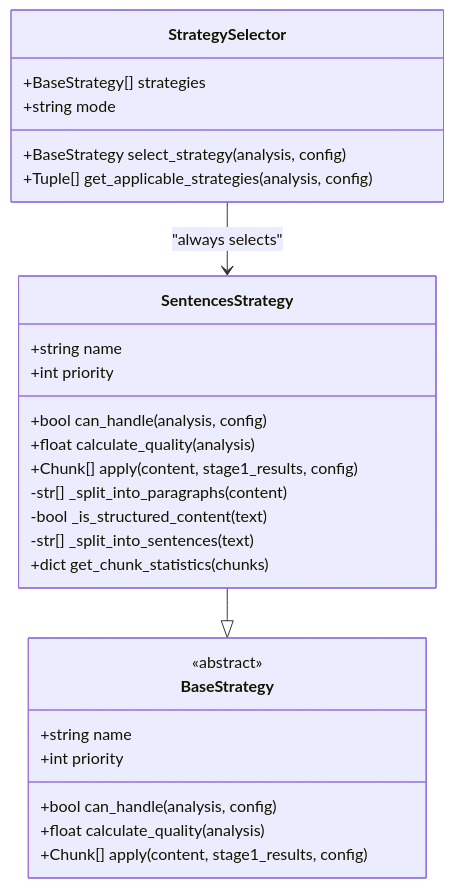
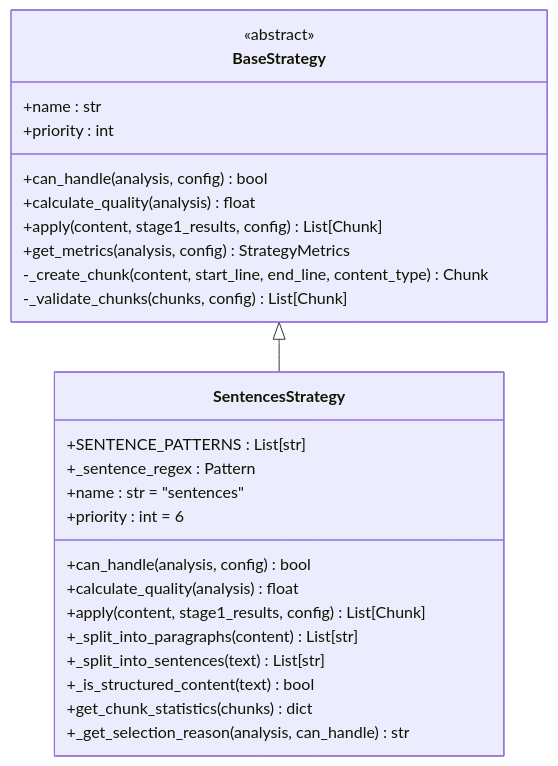
One commit to asukhodko/dify-markdown-chunker changed the second of 10 diagrams in .qoder/repowiki/en/content/Chunking Strategies/Sentences Strategy.md. Above: the diagram before and after it, drawn with Mermaid. The commit also changed other lines of this file and 205 other files, not shown here.

````diff
--- a/.qoder/repowiki/en/content/Chunking Strategies/Sentences Strategy.md
+++ b/.qoder/repowiki/en/content/Chunking Strategies/Sentences Strategy.md
@@ -40,30 +78,29 @@
 ```mermaid
 classDiagram
-class SentencesStrategy {
-+string name
-+int priority
-+bool can_handle(analysis, config)
-+float calculate_quality(analysis)
-+Chunk[] apply(content, stage1_results, config)
--str[] _split_into_paragraphs(content)
--bool _is_structured_content(text)
--str[] _split_into_sentences(text)
-+dict get_chunk_statistics(chunks)
-}
 class BaseStrategy {
 <<abstract>>
-+string name
-+int priority
-+bool can_handle(analysis, config)
-+float calculate_quality(analysis)
-+Chunk[] apply(content, stage1_results, config)
++name : str
++priority : int
++can_handle(analysis, config) bool
++calculate_quality(analysis) float
++apply(content, stage1_results, config) List[Chunk]
++get_metrics(analysis, config) StrategyMetrics
+-_create_chunk(content, start_line, end_line, content_type) Chunk
+-_validate_chunks(chunks, config) List[Chunk]
 }
-class StrategySelector {
-+BaseStrategy[] strategies
-+string mode
-+BaseStrategy select_strategy(analysis, config)
-+Tuple[] get_applicable_strategies(analysis, config)
+class SentencesStrategy {
++SENTENCE_PATTERNS : List[str]
++_sentence_regex : Pattern
++name : str = "sentences"
++priority : int = 6
++can_handle(analysis, config) bool
++calculate_quality(analysis) float
++apply(content, stage1_results, config) List[Chunk]
++_split_into_paragraphs(content) List[str]
++_split_into_sentences(text) List[str]
++_is_structured_content(text) bool
++get_chunk_statistics(chunks) dict
++_get_selection_reason(analysis, can_handle) str
 }
-SentencesStrategy --|> BaseStrategy
-StrategySelector --> SentencesStrategy : "always selects"
+BaseStrategy <|-- SentencesStrategy
 ```
````
